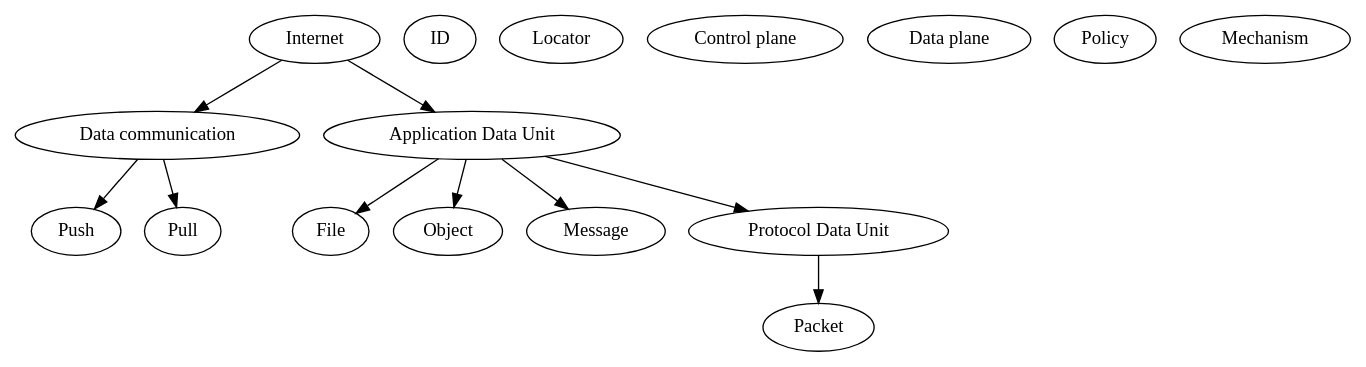
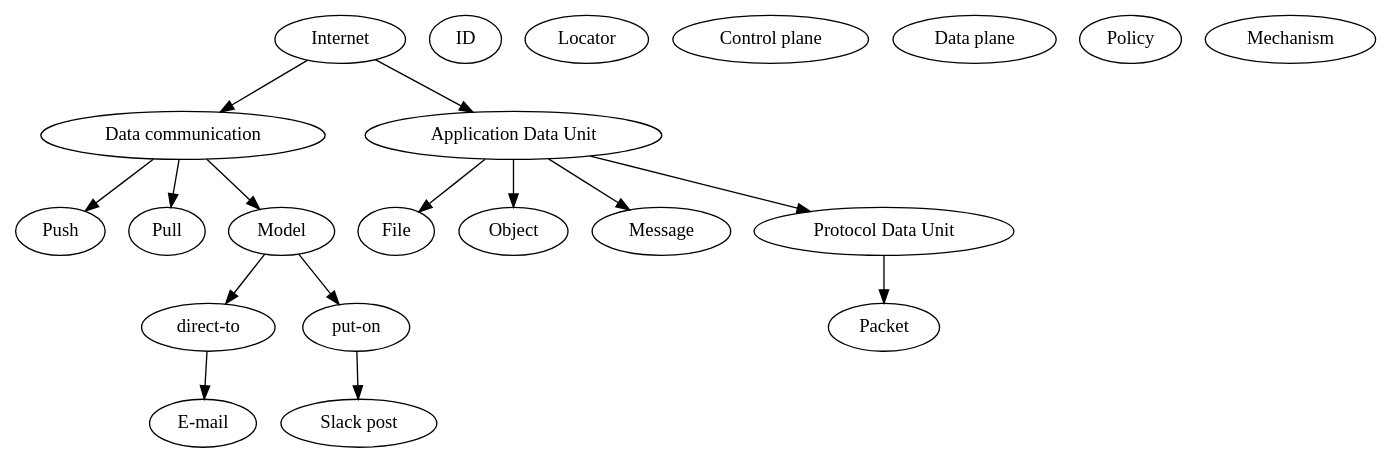
One commit to pixos/ic2 changed the diagram in mindmap.gv. Above: the diagram before and after it, drawn with Graphviz.

```diff
--- a/mindmap.gv
+++ b/mindmap.gv
@@ -1,35 +1,48 @@
 digraph graph_name {
 
   root [ label = "Internet" ];
   comm [ label = "Data communication" ];
   comm_push [ label = "Push" ];
   comm_pull [ label = "Pull" ];
   file [ label = "File" ];
   object [ label = "Object" ];
   message [ label = "Message" ];
   packet [ label = "Packet" ];
 
   adu [ label = "Application Data Unit" ];
   pdu [ label = "Protocol Data Unit" ];
 
   id [ label = "ID" ];
   locator [ label = "Locator" ];
 
   cplane [ label = "Control plane" ];
   dplane [ label = "Data plane" ];
 
   policy [ label = "Policy" ];
   mechanism [ label = "Mechanism" ];
 
+  model [ label = "Model" ];
+  directto [ label = "direct-to" ];
+  puton [ label = "put-on" ];
+
+  email [ label = "E-mail" ];
+  slack [ label = "Slack post" ];
+
   root -> adu;
   adu -> pdu;
   adu -> file;
   adu -> object;
   adu -> message;
   pdu -> packet;
 
   root -> comm;
   comm -> comm_push;
   comm -> comm_pull;
 
+  comm -> model;
+  model -> directto;
+  model -> puton;
+  directto -> email;
+  puton -> slack;
+
 }
```
